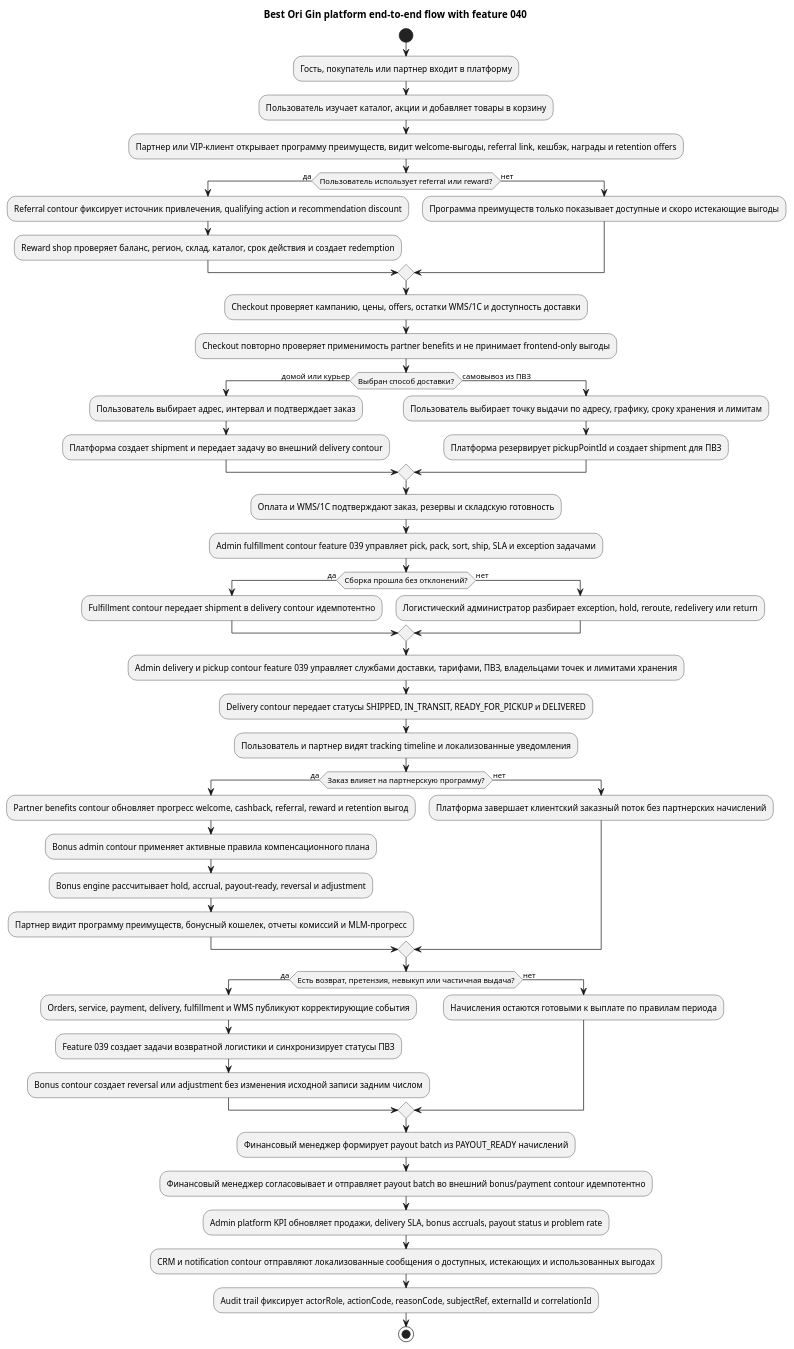
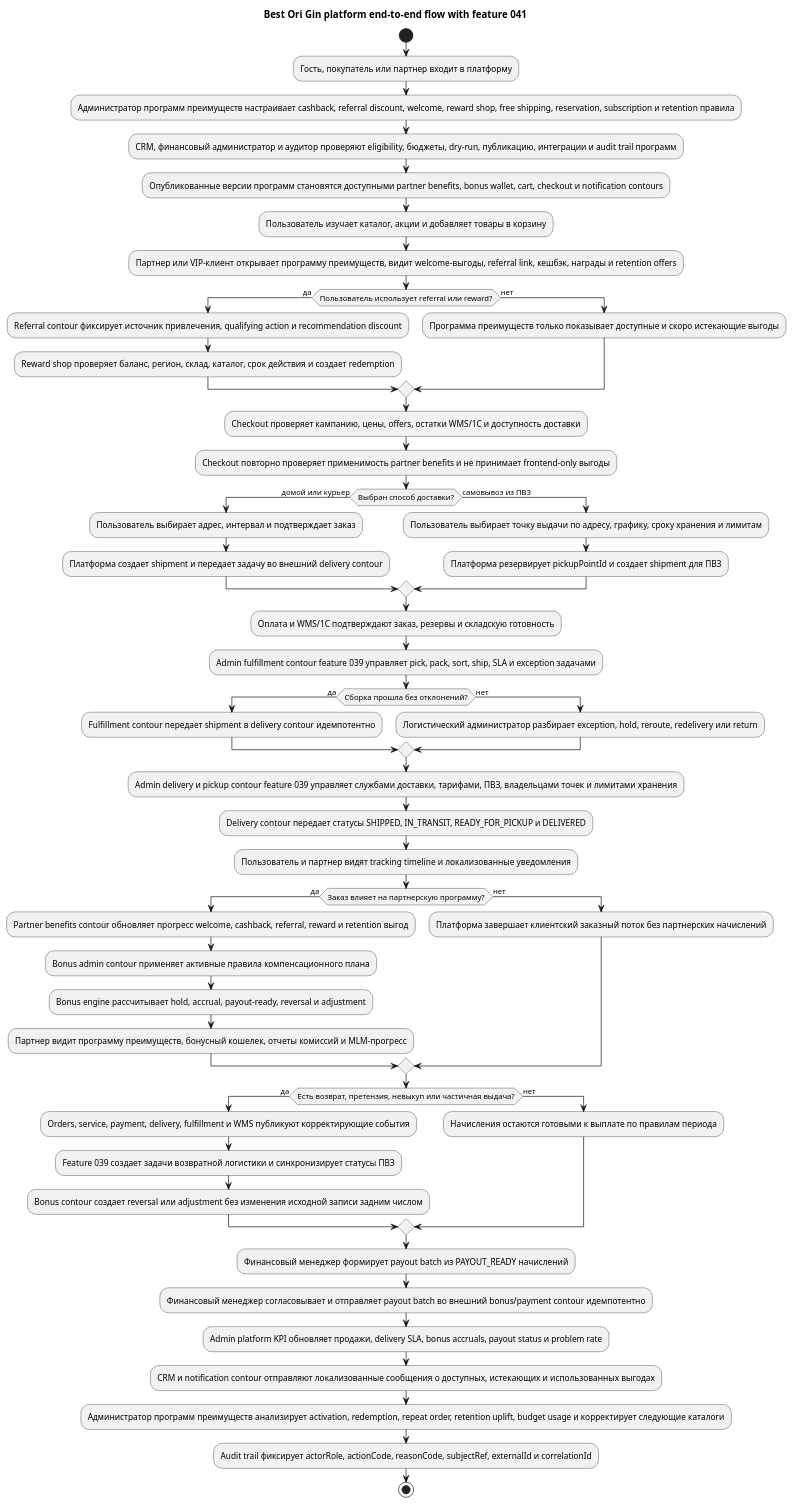
Before and after one commit to alextaralexander/ai_ori_test: the diagram in agents/analytics/ba/end_to_end/end_to_end_process_bpmn.plantuml, drawn with PlantUML. The commit also changed 47 other files, not shown here.

Commit message:
agents_app2: complete feature #41 админ_программы_преимуществ_и_удержания

```diff
--- a/agents/analytics/ba/end_to_end/end_to_end_process_bpmn.plantuml
+++ b/agents/analytics/ba/end_to_end/end_to_end_process_bpmn.plantuml
@@ -1,53 +1,57 @@
 @startuml
-title Best Ori Gin platform end-to-end flow with feature 040
+title Best Ori Gin platform end-to-end flow with feature 041
 start
 :Гость, покупатель или партнер входит в платформу;
+:Администратор программ преимуществ настраивает cashback, referral discount, welcome, reward shop, free shipping, reservation, subscription и retention правила;
+:CRM, финансовый администратор и аудитор проверяют eligibility, бюджеты, dry-run, публикацию, интеграции и audit trail программ;
+:Опубликованные версии программ становятся доступными partner benefits, bonus wallet, cart, checkout и notification contours;
 :Пользователь изучает каталог, акции и добавляет товары в корзину;
 :Партнер или VIP-клиент открывает программу преимуществ, видит welcome-выгоды, referral link, кешбэк, награды и retention offers;
 if (Пользователь использует referral или reward?) then (да)
   :Referral contour фиксирует источник привлечения, qualifying action и recommendation discount;
   :Reward shop проверяет баланс, регион, склад, каталог, срок действия и создает redemption;
 else (нет)
   :Программа преимуществ только показывает доступные и скоро истекающие выгоды;
 endif
 :Checkout проверяет кампанию, цены, offers, остатки WMS/1C и доступность доставки;
 :Checkout повторно проверяет применимость partner benefits и не принимает frontend-only выгоды;
 if (Выбран способ доставки?) then (домой или курьер)
   :Пользователь выбирает адрес, интервал и подтверждает заказ;
   :Платформа создает shipment и передает задачу во внешний delivery contour;
 else (самовывоз из ПВЗ)
   :Пользователь выбирает точку выдачи по адресу, графику, сроку хранения и лимитам;
   :Платформа резервирует pickupPointId и создает shipment для ПВЗ;
 endif
 :Оплата и WMS/1C подтверждают заказ, резервы и складскую готовность;
 :Admin fulfillment contour feature 039 управляет pick, pack, sort, ship, SLA и exception задачами;
 if (Сборка прошла без отклонений?) then (да)
   :Fulfillment contour передает shipment в delivery contour идемпотентно;
 else (нет)
   :Логистический администратор разбирает exception, hold, reroute, redelivery или return;
 endif
 :Admin delivery и pickup contour feature 039 управляет службами доставки, тарифами, ПВЗ, владельцами точек и лимитами хранения;
 :Delivery contour передает статусы SHIPPED, IN_TRANSIT, READY_FOR_PICKUP и DELIVERED;
 :Пользователь и партнер видят tracking timeline и локализованные уведомления;
 if (Заказ влияет на партнерскую программу?) then (да)
   :Partner benefits contour обновляет прогресс welcome, cashback, referral, reward и retention выгод;
   :Bonus admin contour применяет активные правила компенсационного плана;
   :Bonus engine рассчитывает hold, accrual, payout-ready, reversal и adjustment;
   :Партнер видит программу преимуществ, бонусный кошелек, отчеты комиссий и MLM-прогресс;
 else (нет)
   :Платформа завершает клиентский заказный поток без партнерских начислений;
 endif
 if (Есть возврат, претензия, невыкуп или частичная выдача?) then (да)
   :Orders, service, payment, delivery, fulfillment и WMS публикуют корректирующие события;
   :Feature 039 создает задачи возвратной логистики и синхронизирует статусы ПВЗ;
   :Bonus contour создает reversal или adjustment без изменения исходной записи задним числом;
 else (нет)
   :Начисления остаются готовыми к выплате по правилам периода;
 endif
 :Финансовый менеджер формирует payout batch из PAYOUT_READY начислений;
 :Финансовый менеджер согласовывает и отправляет payout batch во внешний bonus/payment contour идемпотентно;
 :Admin platform KPI обновляет продажи, delivery SLA, bonus accruals, payout status и problem rate;
 :CRM и notification contour отправляют локализованные сообщения о доступных, истекающих и использованных выгодах;
+:Администратор программ преимуществ анализирует activation, redemption, repeat order, retention uplift, budget usage и корректирует следующие каталоги;
 :Audit trail фиксирует actorRole, actionCode, reasonCode, subjectRef, externalId и correlationId;
 stop
 @enduml
```
